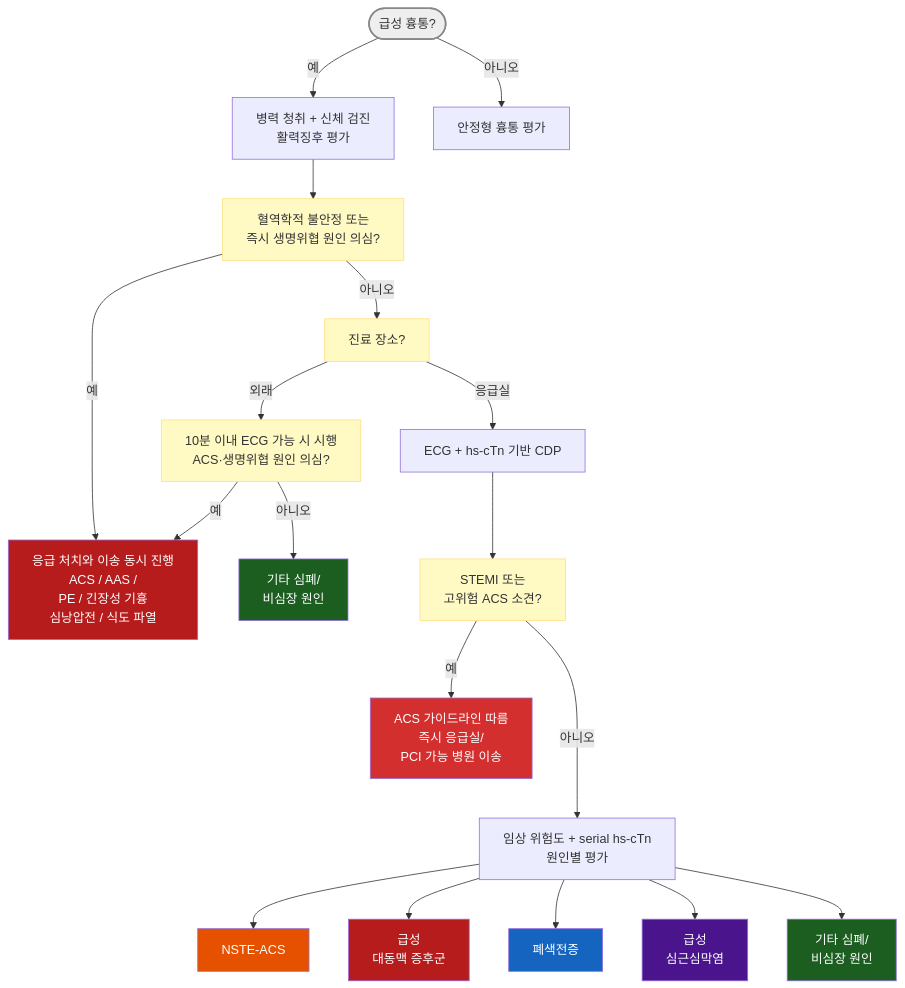
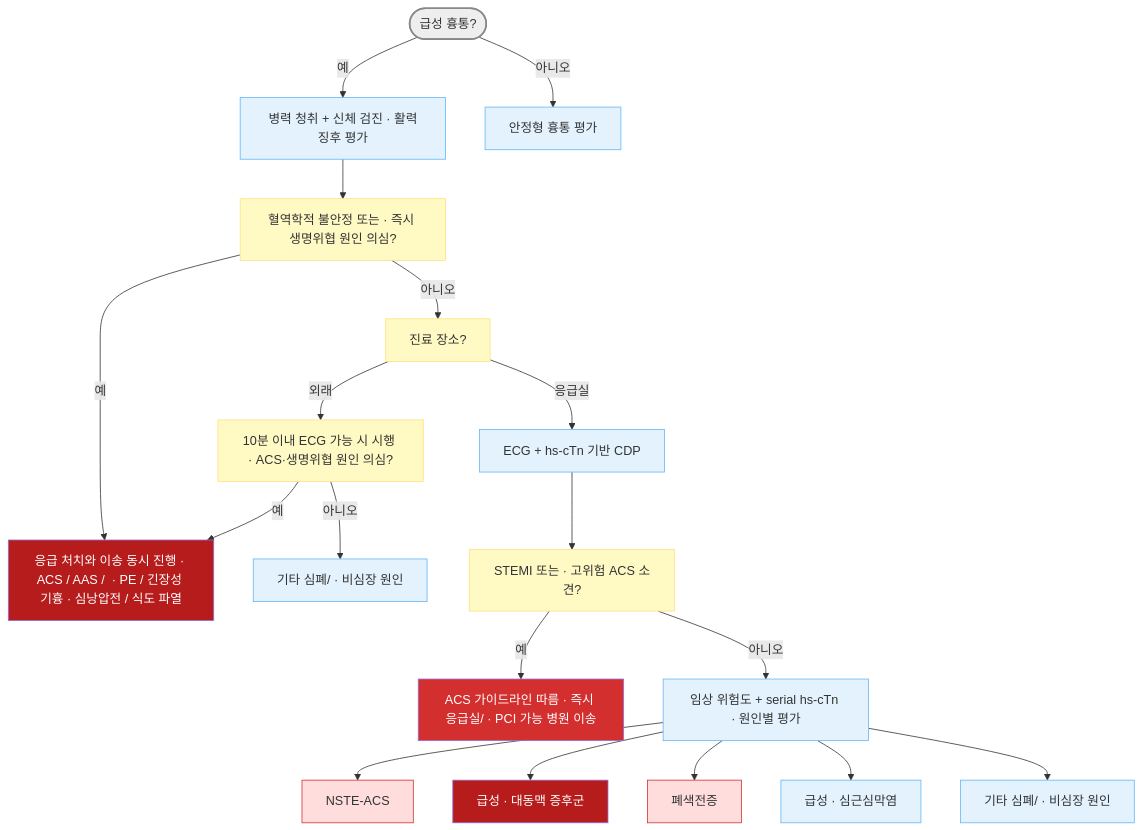
The second of 2 diagrams in 220_/002_-chest-pain.md (familyoh77/familyoh77), drawn with Mermaid before and after one commit. The commit also changed other lines of this file and 13 other files, not shown here.

````diff
--- a/220_/002_-chest-pain.md
+++ b/220_/002_-chest-pain.md
@@ -274,33 +278,37 @@
 ```mermaid
 flowchart TD
-    A(["급성 흉통?"]) -->|예| B["병력 청취 + 신체 검진<br>활력징후 평가"]
-    A -->|아니오| Z["안정형 흉통 평가"]
-    B --> L["혈역학적 불안정 또는<br>즉시 생명위협 원인 의심?"]
-    L -->|예| R["응급 처치와 이송 동시 진행<br>ACS / AAS / <br>PE / 긴장성 기흉<br>심낭압전 / 식도 파열"]
-    L -->|아니오| C["진료 장소?"]
-    C -->|외래| O["10분 이내 ECG 가능 시 시행<br>ACS·생명위협 원인 의심?"]
-    C -->|응급실| T["ECG + hs-cTn 기반 CDP"]
-    O -->|예| R
-    O -->|아니오| K1["기타 심폐/<br>비심장 원인"]
-    T --> Q["STEMI 또는<br>고위험 ACS 소견?"]
-    Q -->|예| D["ACS 가이드라인 따름<br>즉시 응급실/<br>PCI 가능 병원 이송"]
-    Q --->|아니오| E["임상 위험도 + serial hs-cTn<br>원인별 평가"]
+    A(["급성 흉통?"]) -- "예" --> B["병력 청취 + 신체 검진 · 활력징후 평가"]
+    A -- "아니오" --> Z["안정형 흉통 평가"]
+    B --> L["혈역학적 불안정 또는 · 즉시 생명위협 원인 의심?"]
+    L -- "예" --> R["`응급 처치와 이송 동시 진행 · ACS / AAS /  · PE / 긴장성 기흉 · 심낭압전 / 식도 파열`"]
+    L -- "아니오" --> C["진료 장소?"]
+    C -- "외래" --> O["`10분 이내 ECG 가능 시 시행 · ACS·생명위협 원인 의심?`"]
+    C -- "응급실" --> T["ECG + hs-cTn 기반 CDP"]
+    O -- "예" --> R
+    O -- "아니오" --> K1["기타 심폐/ · 비심장 원인"]
+    T --> Q["STEMI 또는 · 고위험 ACS 소견?"]
+    Q -- "예" --> D["`ACS 가이드라인 따름 · 즉시 응급실/ · PCI 가능 병원 이송`"]
+    Q -- "아니오" --> E["`임상 위험도 + serial hs-cTn · 원인별 평가`"]
     E --> G["NSTE-ACS"]
-    E --> H["급성 <br>대동맥 증후군"]
+    E --> H["급성  · 대동맥 증후군"]
     E --> I["폐색전증"]
-    E --> J["급성 <br>심근심막염"]
-    E --> K["기타 심폐/<br>비심장 원인"]
+    E --> J["급성  · 심근심막염"]
+    E --> K["기타 심폐/ · 비심장 원인"]
     style L fill:#fff9c4,stroke:#ffe082
     style R fill:#b71c1c,color:#fff
     style C fill:#fff9c4,stroke:#ffe082
     style Q fill:#fff9c4,stroke:#ffe082
     style O fill:#fff9c4,stroke:#ffe082
     style D fill:#d32f2f,color:#fff
-    style G fill:#e65100,color:#fff
+    style G fill:#ffdddd,stroke:#d32f2f
     style H fill:#b71c1c,color:#fff
-    style I fill:#1565c0,color:#fff
-    style J fill:#4a148c,color:#fff
-    style K fill:#1b5e20,color:#fff
-    style K1 fill:#1b5e20,color:#fff
+    style I fill:#ffdddd,stroke:#d32f2f
+    style J fill:#e3f2fd,stroke:#64b5f6
+    style K fill:#e3f2fd,stroke:#64b5f6
+    style K1 fill:#e3f2fd,stroke:#64b5f6
     style A fill:#eeeeee,stroke:#888888,stroke-width:2px
+    style B fill:#e3f2fd,stroke:#64b5f6
+    style T fill:#e3f2fd,stroke:#64b5f6
+    style E fill:#e3f2fd,stroke:#64b5f6
+    style Z fill:#e3f2fd,stroke:#64b5f6
 ```
````
